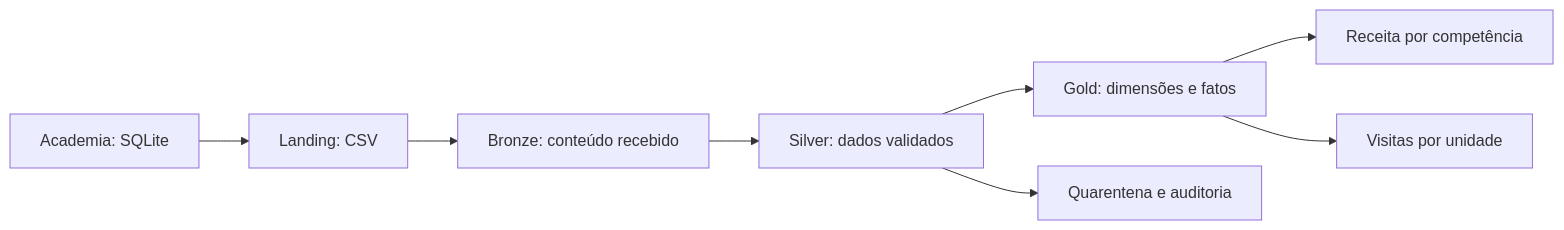
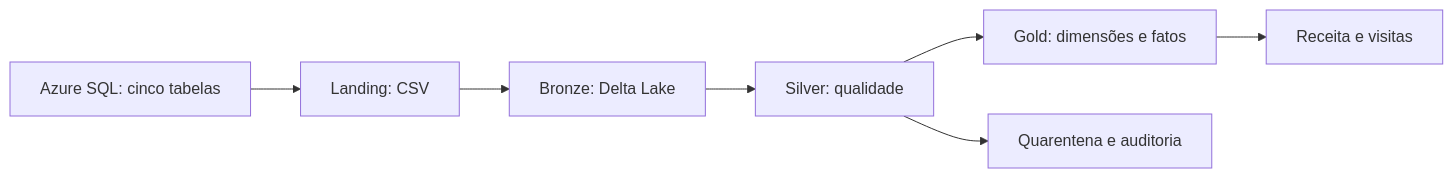
One commit to 02kamk/lakehouse-databricks-medalhao changed the diagram in docs/index.md. Above: the diagram before and after it, drawn with Mermaid. The commit also changed other lines of this file and 46 other files, not shown here.

Commit message:
Conclui pipeline Azure SQL e adiciona evidencias ao MkDocs

````diff
--- a/docs/index.md
+++ b/docs/index.md
@@ -30,10 +14,9 @@
 ```mermaid
 flowchart LR
-    A["Academia: SQLite"] --> B["Landing: CSV"]
-    B --> C["Bronze: conteúdo recebido"]
-    C --> D["Silver: dados validados"]
+    A["Azure SQL: cinco tabelas"] --> B["Landing: CSV"]
+    B --> C["Bronze: Delta Lake"]
+    C --> D["Silver: qualidade"]
     D --> E["Gold: dimensões e fatos"]
     D --> Q["Quarentena e auditoria"]
-    E --> F["Receita por competência"]
-    E --> G["Visitas por unidade"]
+    E --> R["Receita e visitas"]
 ```
````
